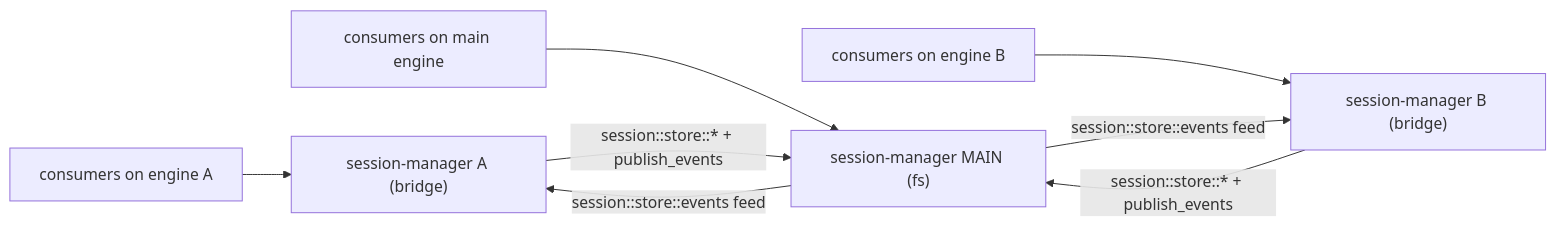
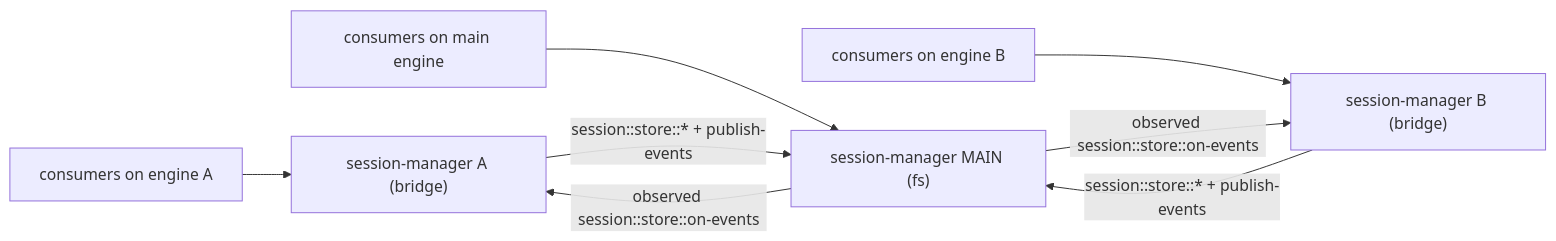
The second of 2 diagrams in session-manager/architecture/integration.md (iii-hq/workers), drawn with Mermaid before and after one commit. The commit also changed other lines of this file and 3315 other files, not shown here.

````diff
--- a/session-manager/architecture/integration.md
+++ b/session-manager/architecture/integration.md
@@ -485,10 +501,10 @@
 ```mermaid
 flowchart LR
   appA[consumers on engine A] --> smA["session-manager A (bridge)"]
   appB[consumers on engine B] --> smB["session-manager B (bridge)"]
   appM[consumers on main engine] --> smM["session-manager MAIN (fs)"]
-  smA -->|"session::store::* + publish_events"| smM
-  smB -->|"session::store::* + publish_events"| smM
-  smM -->|"session::store::events feed"| smA
-  smM -->|"session::store::events feed"| smB
+  smA -->|"session::store::* + publish-events"| smM
+  smB -->|"session::store::* + publish-events"| smM
+  smM -->|"observed session::store::on-events"| smA
+  smM -->|"observed session::store::on-events"| smB
 ```
````
